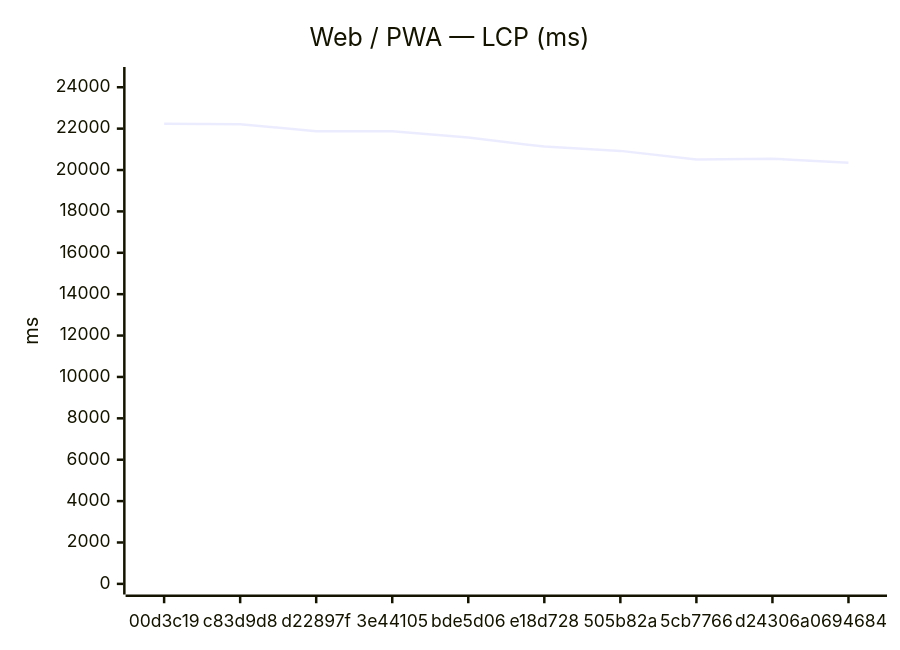
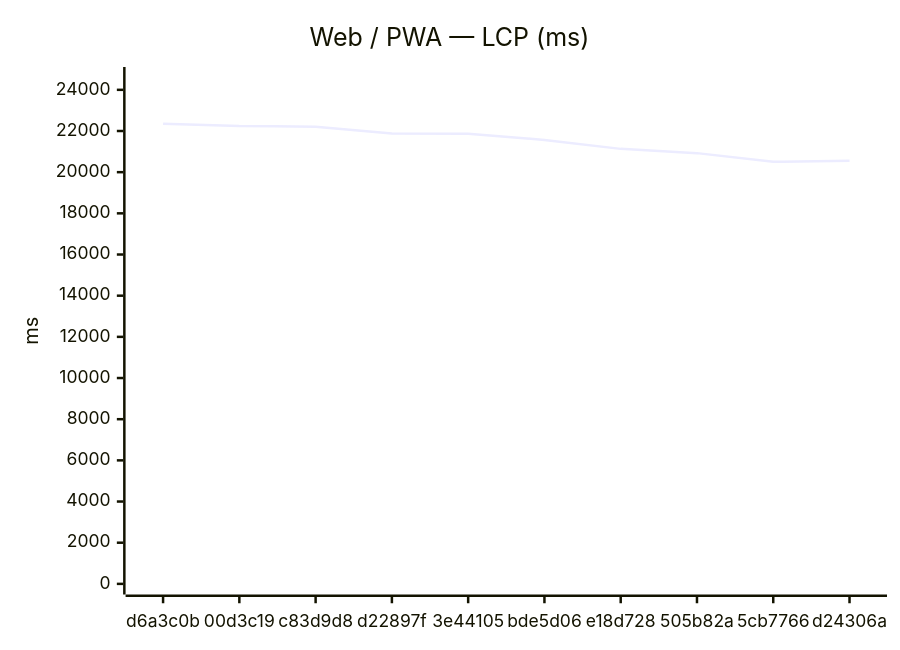
One commit to Metaheurist/Rianell changed the first of 18 diagrams in benchmarks/compare.md. Above: the diagram before and after it, drawn with Mermaid. The commit also changed other lines of this file and 11 other files, not shown here.

````diff
--- a/benchmarks/compare.md
+++ b/benchmarks/compare.md
@@ -24,7 +24,7 @@
 ```mermaid
 xychart-beta
     title "Web / PWA — LCP (ms)"
-    x-axis ["00d3c19", "c83d9d8", "d22897f", "3e44105", "bde5d06", "e18d728", "505b82a", "5cb7766", "d24306a", "0694684"]
-    y-axis "ms" 0 --> 24465
-    line [22240, 22209, 21878, 21870, 21566, 21132, 20925, 20504, 20549, 20346]
+    x-axis ["d6a3c0b", "00d3c19", "c83d9d8", "d22897f", "3e44105", "bde5d06", "e18d728", "505b82a", "5cb7766", "d24306a"]
+    y-axis "ms" 0 --> 24593
+    line [22357, 22240, 22209, 21878, 21870, 21566, 21132, 20925, 20504, 20549]
 ```
````
